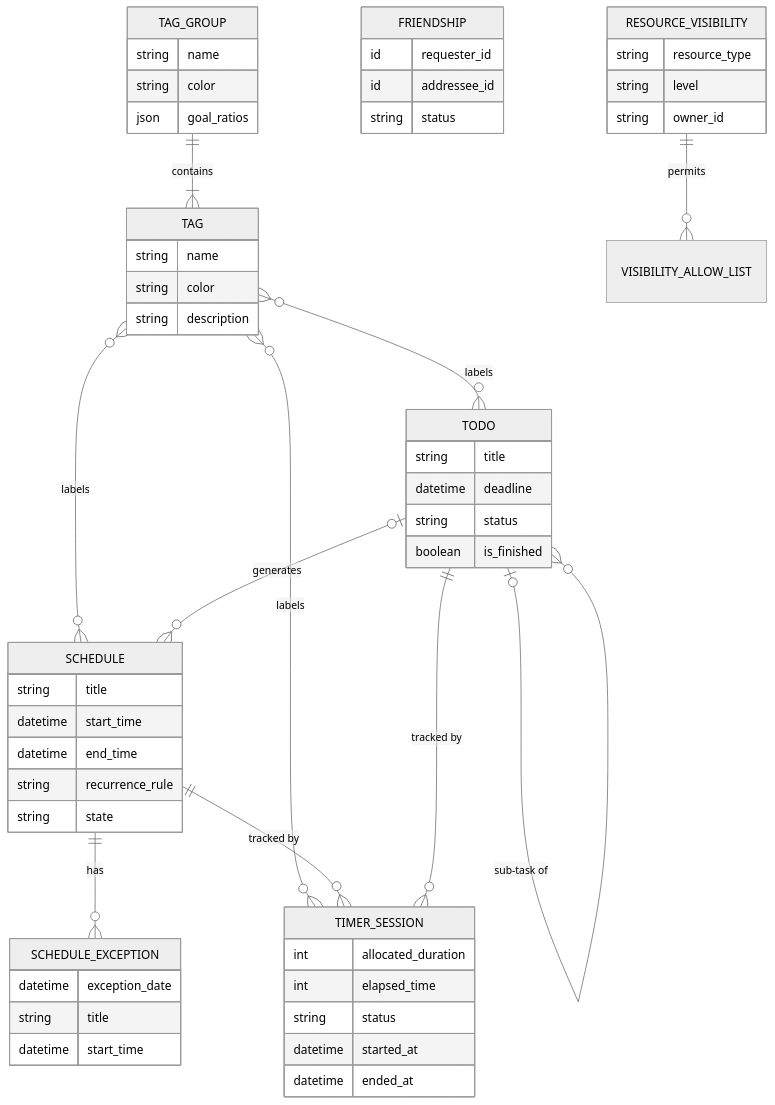
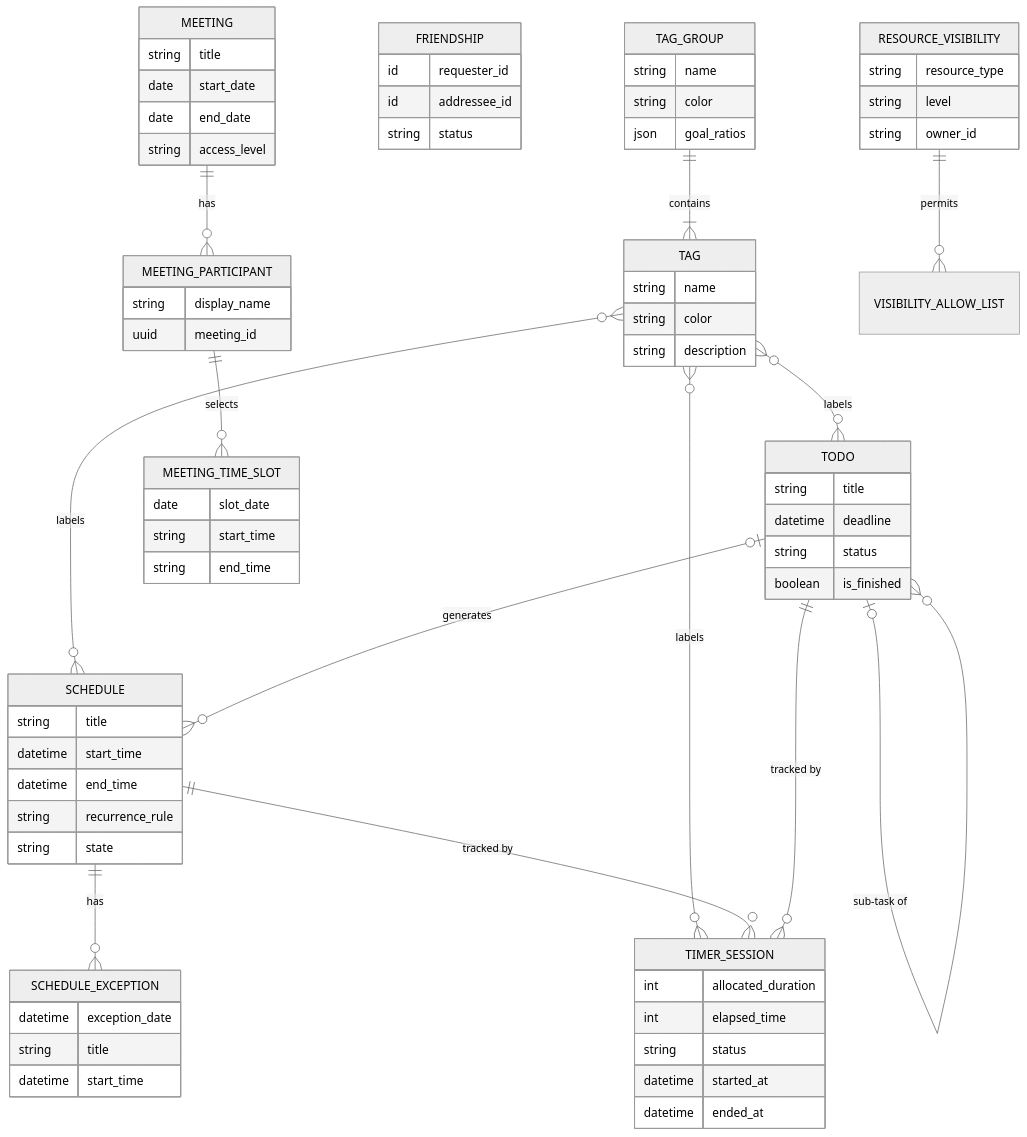
One commit to onprem-hipster-timer/backend changed the diagram in README.ko.md. Above: the diagram before and after it, drawn with Mermaid (neutral theme). The commit also changed other lines of this file and 1 other file, not shown here.

Commit message:
doc: Friends, Visibility, Meeting 기능의 신규 기능을 반영해해 README 수정

````diff
--- a/README.ko.md
+++ b/README.ko.md
@@ -441,6 +359,27 @@
     }
 
     %% ---------------------------------------------------------
+    %% 5. Meeting (일정 조율)
+    %% ---------------------------------------------------------
+    MEETING {
+        string title
+        date start_date
+        date end_date
+        string access_level
+    }
+
+    MEETING_PARTICIPANT {
+        string display_name
+        uuid meeting_id
+    }
+
+    MEETING_TIME_SLOT {
+        date slot_date
+        string start_time
+        string end_time
+    }
+
+    %% ---------------------------------------------------------
     %% Relationships
     %% ---------------------------------------------------------
     
@@ -461,4 +400,8 @@
 
     %% Social & Visibility
     RESOURCE_VISIBILITY ||--o{ VISIBILITY_ALLOW_LIST : "permits"
+
+    %% Meeting
+    MEETING ||--o{ MEETING_PARTICIPANT : "has"
+    MEETING_PARTICIPANT ||--o{ MEETING_TIME_SLOT : "selects"
 ```
````
